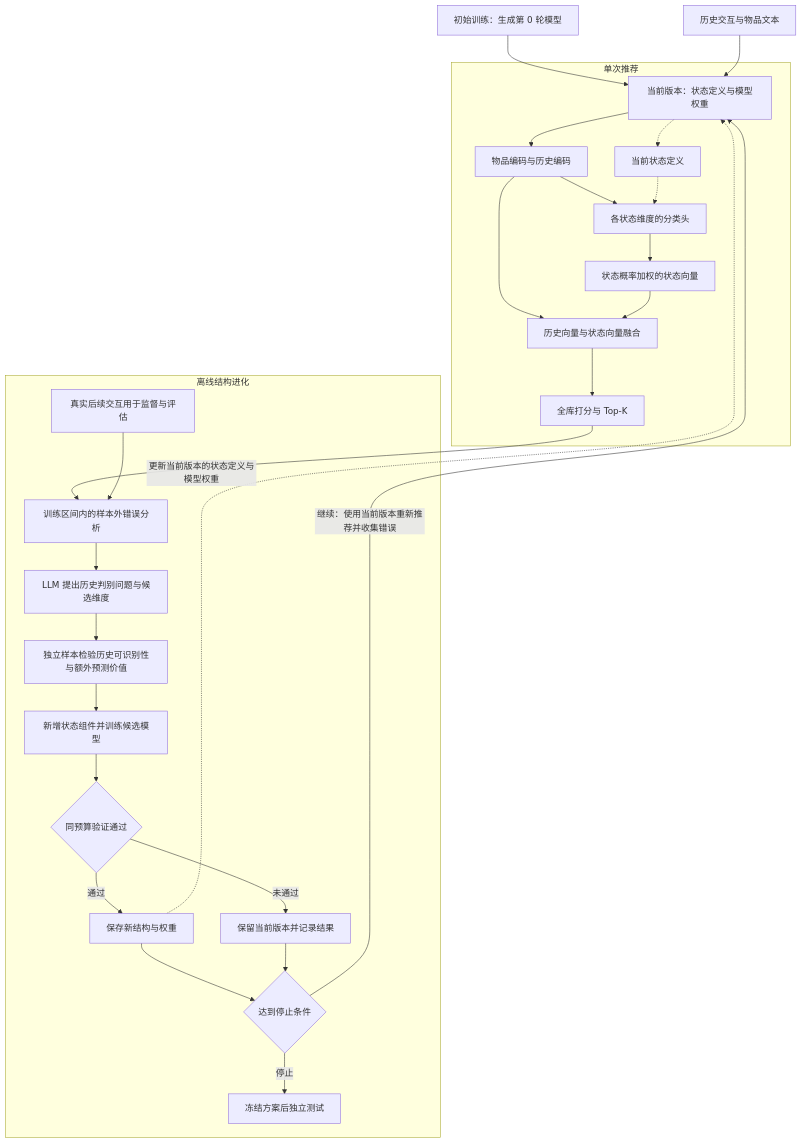
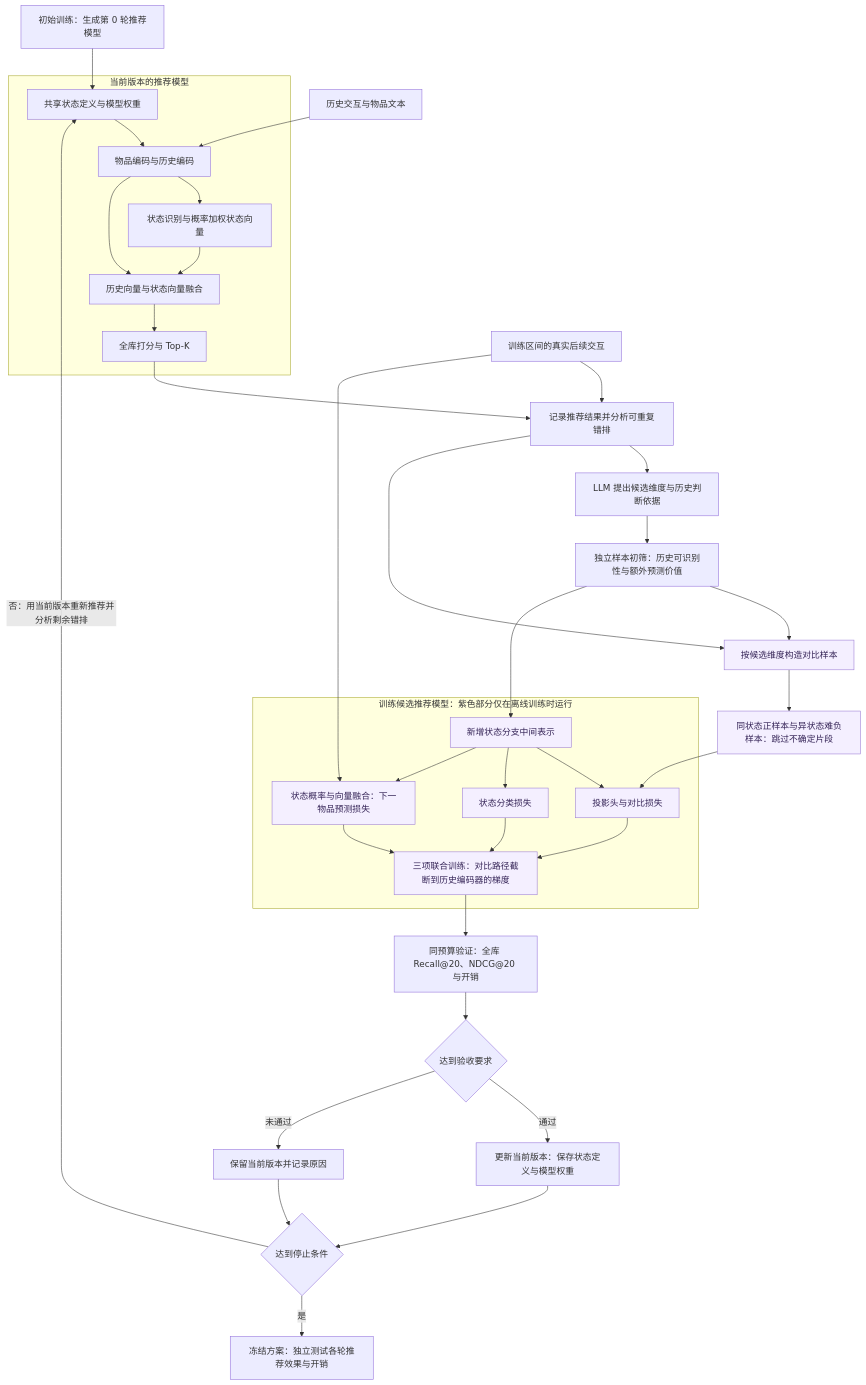
Before and after one commit to bjy20777-dev/LLM-recommendation: the diagram in README.md, drawn with Mermaid. The commit also changed other lines of this file, not shown here.

````diff
--- a/README.md
+++ b/README.md
@@ -183,30 +244,40 @@
 ```mermaid
 flowchart TB
-    B[初始训练：生成第 0 轮模型] --> M
-    I[历史交互与物品文本] --> M
-    subgraph REC[单次推荐]
-        M[当前版本：状态定义与模型权重] --> H[物品编码与历史编码]
-        H --> S[各状态维度的分类头]
-        D[当前状态定义] -.-> S
-        S --> Z[状态概率加权的状态向量]
-        H --> F[历史向量与状态向量融合]
-        Z --> F
+    B[初始训练：生成第 0 轮推荐模型] --> M
+    I[历史交互与物品文本] --> H
+    subgraph REC[当前版本的推荐模型]
+        M[共享状态定义与模型权重] --> H[物品编码与历史编码]
+        H --> S[状态识别与概率加权状态向量]
+        S --> F[历史向量与状态向量融合]
+        H --> F
         F --> R[全库打分与 Top-K]
     end
-    subgraph EVO[离线结构进化]
-        R --> E[训练区间内的样本外错误分析]
-        Y[真实后续交互用于监督与评估] --> E
-        E --> Q[LLM 提出历史判别问题与候选维度]
-        Q --> V[独立样本检验历史可识别性与额外预测价值]
-        V --> C[新增状态组件并训练候选模型]
-        C --> G{同预算验证通过}
-        G -->|通过| N[保存新结构与权重]
-        G -->|未通过| O[保留当前版本并记录结果]
-        N --> T{达到停止条件}
-        O --> T
-        T -->|继续：使用当前版本重新推荐并收集错误| M
-        T -->|停止| X[冻结方案后独立测试]
+    R --> E[记录推荐结果并分析可重复错排]
+    Y[训练区间的真实后续交互] --> E
+    E --> Q[LLM 提出候选维度与历史判断依据]
+    Q --> V[独立样本初筛：历史可识别性与额外预测价值]
+    E --> P[按候选维度构造对比样本]
+    V --> P
+    P --> PA[同状态正样本与异状态难负样本：跳过不确定片段]
+    V --> C
+    subgraph TRAIN[训练候选推荐模型：紫色部分仅在离线训练时运行]
+        C[新增状态分支中间表示] --> CL[投影头与对比损失]
+        C --> SC[状态分类损失]
+        C --> RP[状态概率与向量融合：下一物品预测损失]
+        CL --> J[三项联合训练：对比路径截断到历史编码器的梯度]
+        SC --> J
+        RP --> J
     end
-    M -.-> D
-    N -.->|更新当前版本的状态定义与模型权重| M
+    PA --> CL
+    Y --> RP
+    J --> A[同预算验证：全库 Recall@20、NDCG@20 与开销]
+    A --> G{达到验收要求}
+    G -->|通过| N[更新当前版本：保存状态定义与模型权重]
+    G -->|未通过| O[保留当前版本并记录原因]
+    N --> T{达到停止条件}
+    O --> T
+    T -->|否：用当前版本重新推荐并分析剩余错排| M
+    T -->|是| X[冻结方案：独立测试各轮推荐效果与开销]
+    classDef offline fill:#f4efff,stroke:#9b7bd4,color:#352457;
+    class P,PA,C,CL,SC,RP,J offline;
 ```
````
